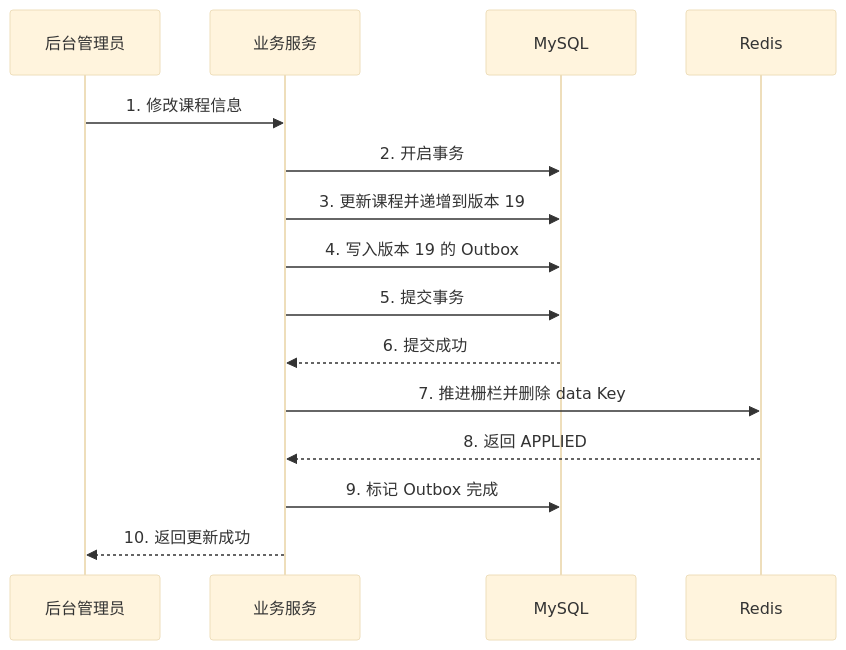
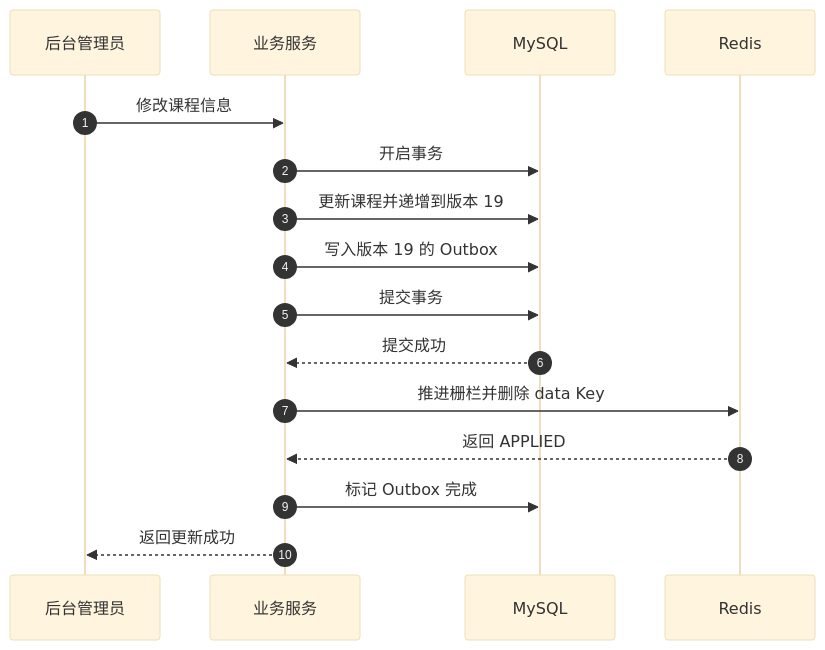
Before and after one commit to zdl20251023-pixel/agent-frame: the seventh of 27 diagrams in docs/redis/126-redis-4种缓存模式-分享版-极简版.md, drawn with Mermaid (base theme). The commit also changed other lines of this file, not shown here.

Commit message:
redis 四大缓存模式 分享-极简版

````diff
--- a/docs/redis/126-redis-4种缓存模式-分享版-极简版.md
+++ b/docs/redis/126-redis-4种缓存模式-分享版-极简版.md
@@ -279,21 +276,22 @@
 ```mermaid
 sequenceDiagram
+    autonumber
     participant Admin as 后台管理员
     participant Service as 业务服务
     participant MySQL as MySQL
     participant Redis as Redis
 
-    Admin->>Service: 1. 修改课程信息
+    Admin->>Service: 修改课程信息
 
-    Service->>MySQL: 2. 开启事务
-    Service->>MySQL: 3. 更新课程并递增到版本 19
-    Service->>MySQL: 4. 写入版本 19 的 Outbox
-    Service->>MySQL: 5. 提交事务
-    MySQL-->>Service: 6. 提交成功
+    Service->>MySQL: 开启事务
+    Service->>MySQL: 更新课程并递增到版本 19
+    Service->>MySQL: 写入版本 19 的 Outbox
+    Service->>MySQL: 提交事务
+    MySQL-->>Service: 提交成功
 
-    Service->>Redis: 7. 推进栅栏并删除 data Key
-    Redis-->>Service: 8. 返回 APPLIED
+    Service->>Redis: 推进栅栏并删除 data Key
+    Redis-->>Service: 返回 APPLIED
 
-    Service->>MySQL: 9. 标记 Outbox 完成
-    Service-->>Admin: 10. 返回更新成功
+    Service->>MySQL: 标记 Outbox 完成
+    Service-->>Admin: 返回更新成功
 ```
````
